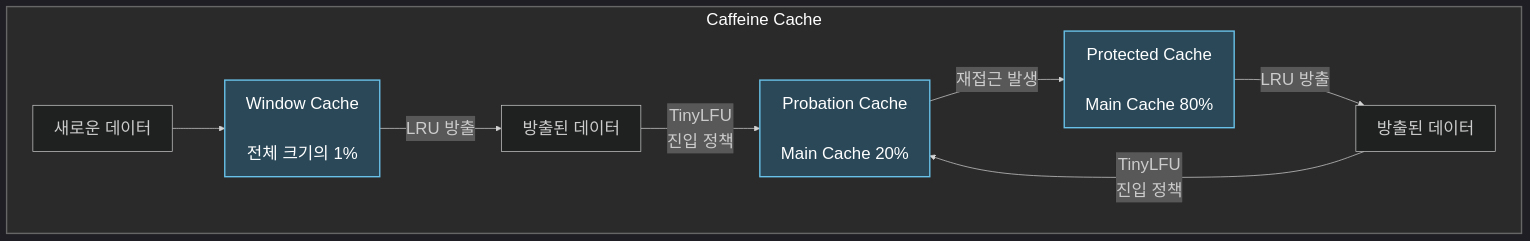
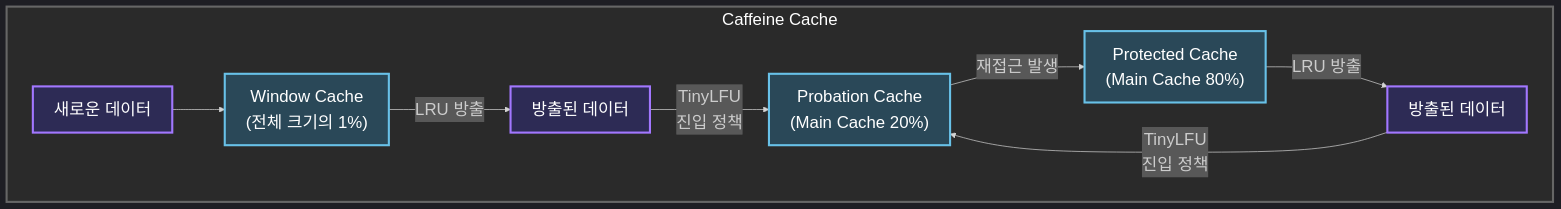
One commit to K-Diger/K-Diger.github.io changed the first of 3 diagrams in _posts/2023-01-01-SUWIKI-4.md. Above: the diagram before and after it, drawn with Mermaid.

Commit message:
Caffeine Cache

````diff
--- a/_posts/2023-01-01-SUWIKI-4.md
+++ b/_posts/2023-01-01-SUWIKI-4.md
@@ -57,24 +57,26 @@
 ```mermaid
 %%{init: { 'theme':'dark', 'themeVariables': { 'fontSize': '24px', 'fontFamily': 'Arial' } }}%%
 graph LR
    subgraph CaffeineStructure["Caffeine Cache"]
        direction LR
-       NewData[새로운 데이터]
-       WindowCache[Window Cache<br/><br/>전체 크기의 1%]
-       WE[방출된 데이터]
-       ProbationCache[Probation Cache<br/><br/> Main Cache 20%]
-       ProtectedCache[Protected Cache<br/><br/> Main Cache 80%]
-       PE[방출된 데이터]
+       NewData["새로운 데이터"]
+       WindowCache["Window Cache<br/>(전체 크기의 1%)"]
+       WE["방출된 데이터"]
+       ProbationCache["Probation Cache<br/>(Main Cache 20%)"]
+       ProtectedCache["Protected Cache<br/>(Main Cache 80%)"]
+       PE["방출된 데이터"]
 
        NewData --> WindowCache
        WindowCache -- "LRU 방출" --> WE
        WE -- "TinyLFU<br/>진입 정책" --> ProbationCache
        ProbationCache -- "재접근 발생" --> ProtectedCache
        ProtectedCache -- "LRU 방출" --> PE
        PE -- "TinyLFU<br/>진입 정책" --> ProbationCache
    end
 
-   classDef cacheBox fill:#2a4858,stroke:#68c1e8,stroke-width:2px,color:#fff
+   classDef cacheBox fill:#2a4858,stroke:#68c1e8,stroke-width:3px,color:#fff
+   classDef dataBox fill:#2d2b55,stroke:#a277ff,stroke-width:3px,color:#fff
    class WindowCache,ProbationCache,ProtectedCache cacheBox
-   style CaffeineStructure fill:#2a2a2a,stroke:#666,stroke-width:2px,color:#fff
+   class NewData,WE,PE dataBox
+   style CaffeineStructure fill:#2a2a2a,stroke:#666,stroke-width:3px,color:#fff
 ```
````
